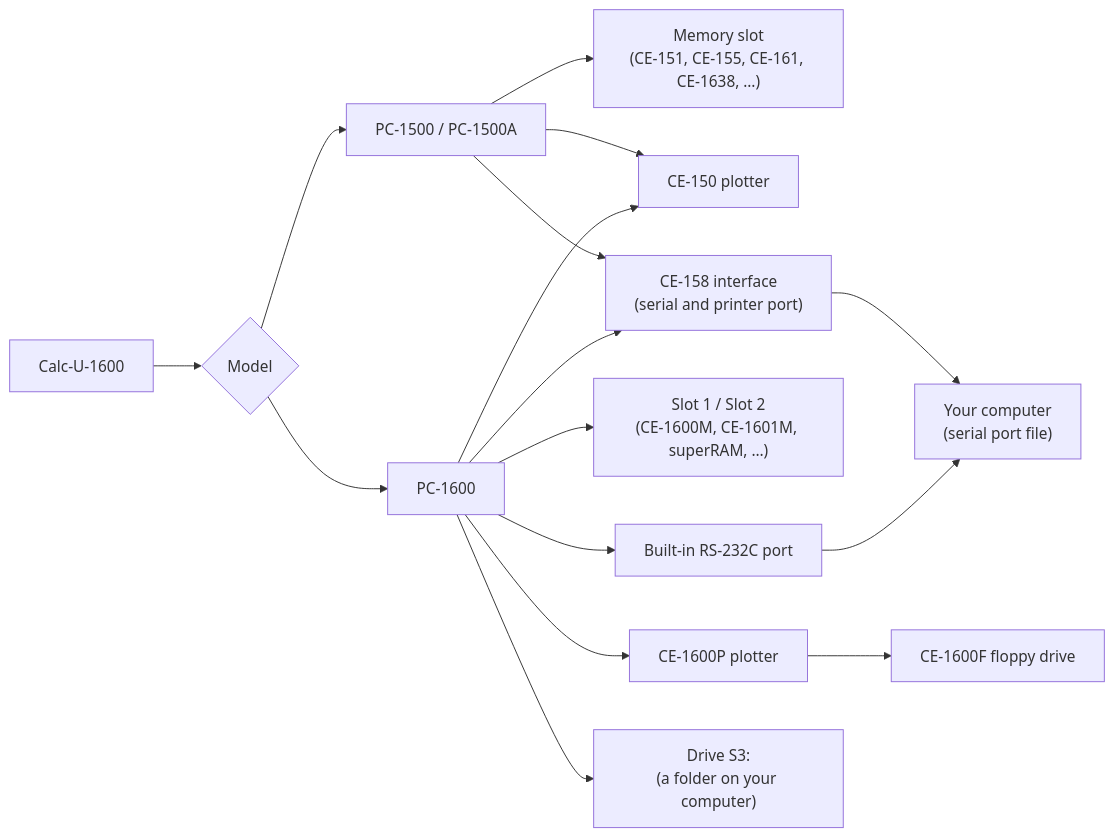
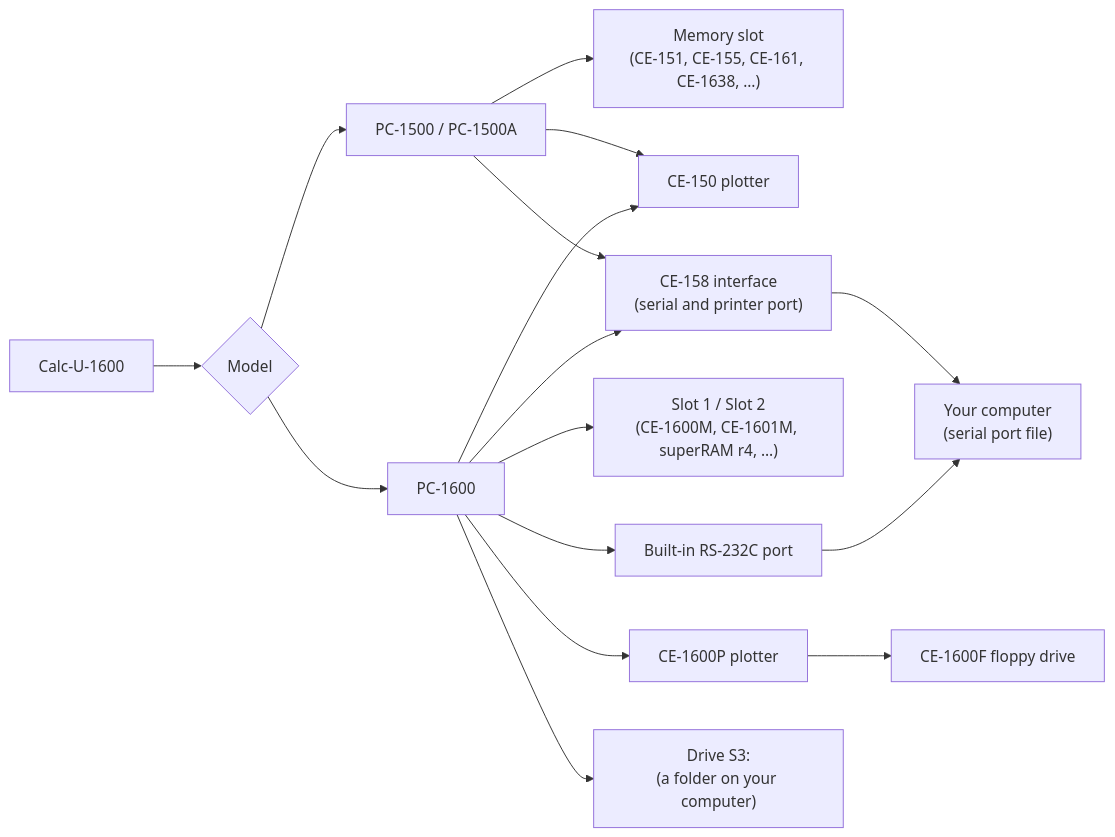
One commit to tinue/calc-u changed the diagram in products/calc-u-1600/help/01-introduction.md. Above: the diagram before and after it, drawn with Mermaid. The commit also changed 23 other files, not shown here.

First line of the commit message:
Calc-U-1600: the 256K custom and the superRAM r4 replace the superRAM

````diff
--- a/products/calc-u-1600/help/01-introduction.md
+++ b/products/calc-u-1600/help/01-introduction.md
@@ -27,17 +27,17 @@
 ```mermaid
 flowchart LR
     App["Calc-U-1600"] --> Model{"Model"}
     Model --> P15["PC-1500 / PC-1500A"]
     Model --> P16["PC-1600"]
     P15 --> S["Memory slot<br/>(CE-151, CE-155, CE-161, CE-1638, …)"]
     P15 --> C150["CE-150 plotter"]
     P15 --> C158["CE-158 interface<br/>(serial and printer port)"]
-    P16 --> S1["Slot 1 / Slot 2<br/>(CE-1600M, CE-1601M, superRAM, …)"]
+    P16 --> S1["Slot 1 / Slot 2<br/>(CE-1600M, CE-1601M, superRAM r4, …)"]
     P16 --> C16P["CE-1600P plotter"] --> C16F["CE-1600F floppy drive"]
     P16 --> C150
     P16 --> C158
     P16 --> COM["Built-in RS-232C port"]
     P16 --> S3["Drive S3:<br/>(a folder on your computer)"]
     C158 --> Host["Your computer<br/>(serial port file)"]
     COM --> Host
 ```
````
